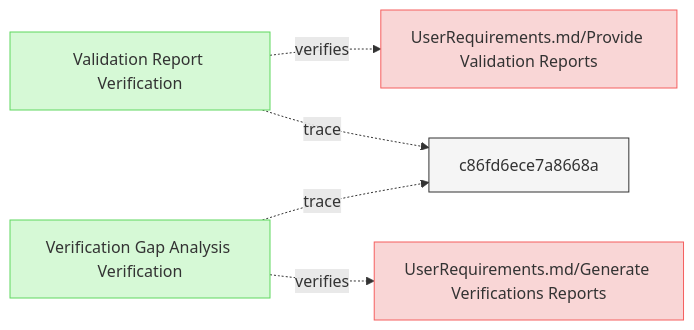
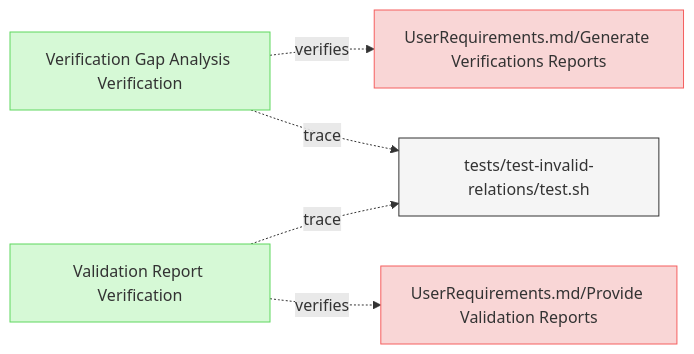
The second of 2 diagrams in specifications/Verifications/ValidationTests.md (reqvire-org/reqvire), drawn with Mermaid before and after one commit. The commit also changed other lines of this file and 14 other files, not shown here.

Commit message:
Diagram fixes

````diff
--- a/specifications/Verifications/ValidationTests.md
+++ b/specifications/Verifications/ValidationTests.md
@@ -468,26 +456,28 @@
 ```mermaid
 graph LR;
   %% Graph styling
   classDef requirement fill:#f9d6d6,stroke:#f55f5f,stroke-width:1px;
   classDef verification fill:#d6f9d6,stroke:#5fd75f,stroke-width:1px;
   classDef externalLink fill:#d0e0ff,stroke:#3080ff,stroke-width:1px;
   classDef default fill:#f5f5f5,stroke:#333333,stroke-width:1px;
 
-  validation_report_verification["Validation Report Verification"];
-  click validation_report_verification "ValidationTests.md#validation-report-verification";
-  class validation_report_verification verification;
-  validation_report_req["UserRequirements.md/Provide Validation Reports"];
-  class validation_report_req requirement;
-  click validation_report_req "../UserRequirements.md#provide-validation-reports";
-  validation_report_verification -.->|verifies| validation_report_req;
-  validation_report_verification -.->|trace| c86fd6ece7a8668a;
-  
-  verification_gap_verification["Verification Gap Analysis Verification"];
-  click verification_gap_verification "ValidationTests.md#verification-gap-analysis-verification";
-  class verification_gap_verification verification;
-  verification_gap_req["UserRequirements.md/Generate Verifications Reports"];
-  class verification_gap_req requirement;
-  click verification_gap_req "../UserRequirements.md#generate-verifications-reports";
-  verification_gap_verification -.->|verifies| verification_gap_req;
-  verification_gap_verification -.->|trace| c86fd6ece7a8668a;
+  f972dbd490433f18["Verification Gap Analysis Verification"];
+  click f972dbd490433f18 "ValidationTests.md#verification-gap-analysis-verification";
+  class f972dbd490433f18 verification;
+  d0e9e8d143493413["UserRequirements.md/Generate Verifications Reports"];
+  class d0e9e8d143493413 requirement;
+  click d0e9e8d143493413 "../UserRequirements.md#generate-verifications-reports";
+  f972dbd490433f18 -.->|verifies| d0e9e8d143493413;
+  c86fd6ece7a8668a["tests/test-invalid-relations/test.sh"];
+  class c86fd6ece7a8668a default;
+  click c86fd6ece7a8668a "../../tests/test-invalid-relations/test.sh";
+  f972dbd490433f18 -.->|trace| c86fd6ece7a8668a;
+  c4332134ea225a0e["Validation Report Verification"];
+  click c4332134ea225a0e "ValidationTests.md#validation-report-verification";
+  class c4332134ea225a0e verification;
+  482c757913204fb8["UserRequirements.md/Provide Validation Reports"];
+  class 482c757913204fb8 requirement;
+  click 482c757913204fb8 "../UserRequirements.md#provide-validation-reports";
+  c4332134ea225a0e -.->|verifies| 482c757913204fb8;
+  c4332134ea225a0e -.->|trace| c86fd6ece7a8668a;
 ```
````
